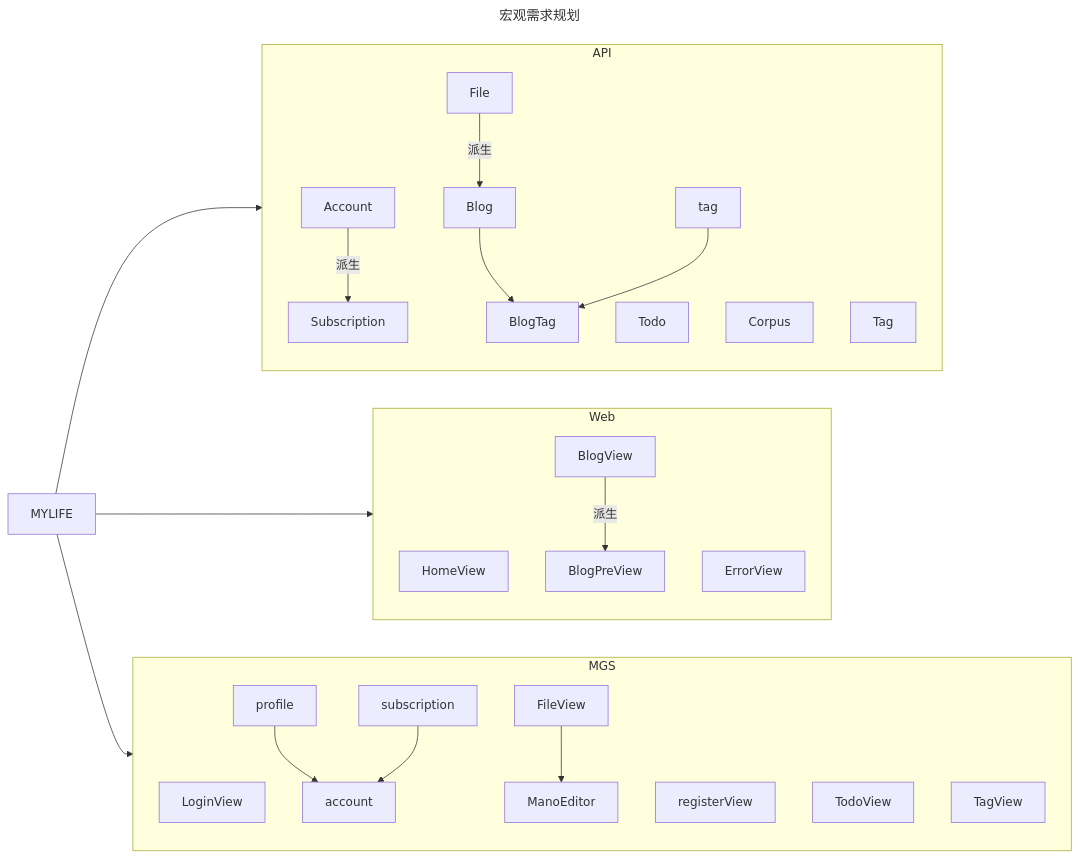
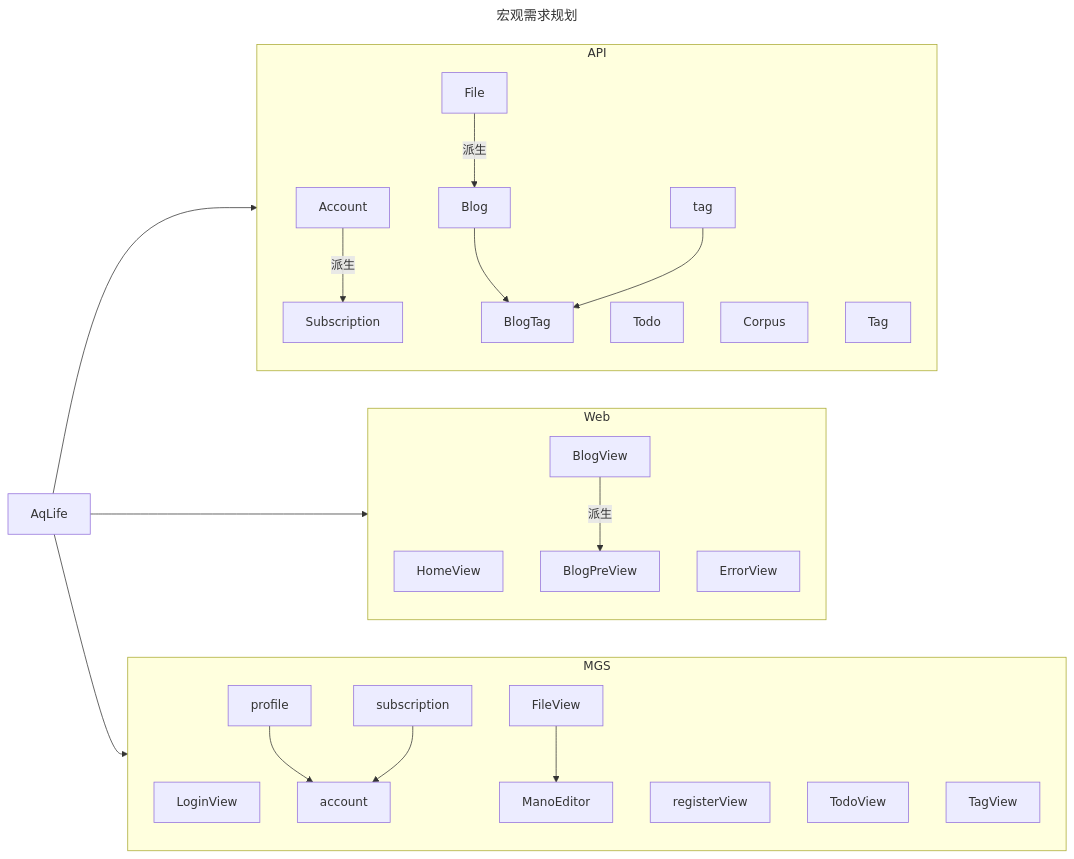
Before and after one commit to AQLIFE/AqLife: the first of 2 diagrams in README.md, drawn with Mermaid. The commit also changed other lines of this file and 26 other files, not shown here.

````diff
--- a/README.md
+++ b/README.md
@@ -3,30 +43,30 @@
 ```mermaid
 ---
 title: 宏观需求规划
 ---
 graph LR
-  MYLIFE --> API & Web & MGS
+  AqLife --> API & Web & MGS
   subgraph API
     File--派生-->Blog
     Account--派生-->Subscription
     Todo
     Corpus
     Tag
     Blog & tag -->BlogTag
   end
 
   subgraph Web
     HomeView
     BlogView--派生-->BlogPreView
     ErrorView
   end
 
   subgraph MGS
     LoginView
     registerView
     profile & subscription --> account  
     FileView --> ManoEditor
     TodoView
     TagView
   end
 ```
````
